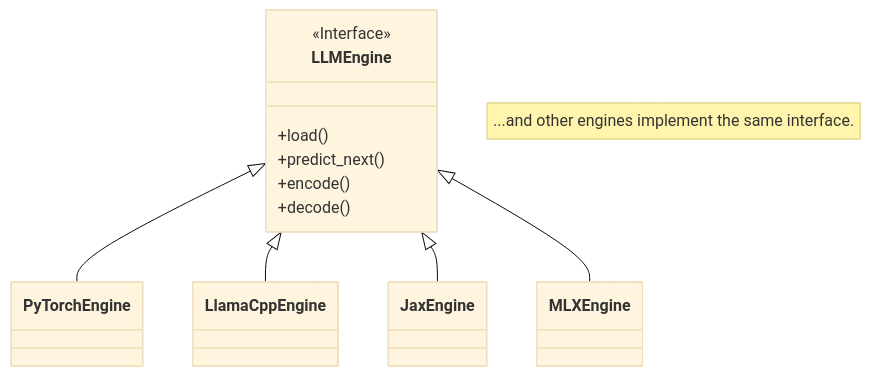
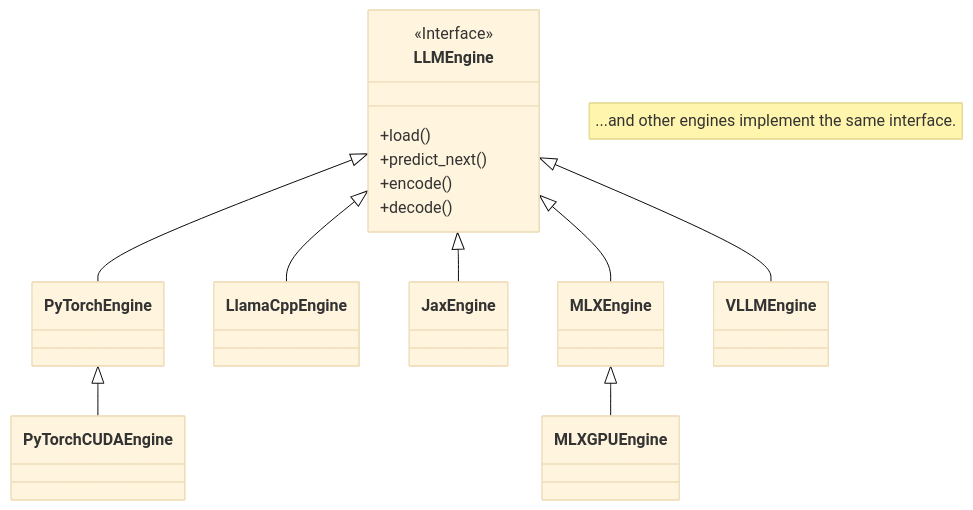
The diagram in src/engines/README.md (clocksmith/gamma), drawn with Mermaid (base theme) before and after one commit. The commit also changed other lines of this file and 17 other files, not shown here.

````diff
--- a/src/engines/README.md
+++ b/src/engines/README.md
@@ -7,20 +7,26 @@
 ```mermaid
 classDiagram
     class LLMEngine {
         <<Interface>>
         +load()
         +predict_next()
         +encode()
         +decode()
     }
     class PyTorchEngine
+    class PyTorchCUDAEngine
     class LlamaCppEngine
     class JaxEngine
     class MLXEngine
+    class MLXGPUEngine
+    class VLLMEngine
 
     LLMEngine <|-- PyTorchEngine
+    PyTorchEngine <|-- PyTorchCUDAEngine
     LLMEngine <|-- LlamaCppEngine
     LLMEngine <|-- JaxEngine
     LLMEngine <|-- MLXEngine
+    MLXEngine <|-- MLXGPUEngine
+    LLMEngine <|-- VLLMEngine
     note "...and other engines implement the same interface."
 ```
````
